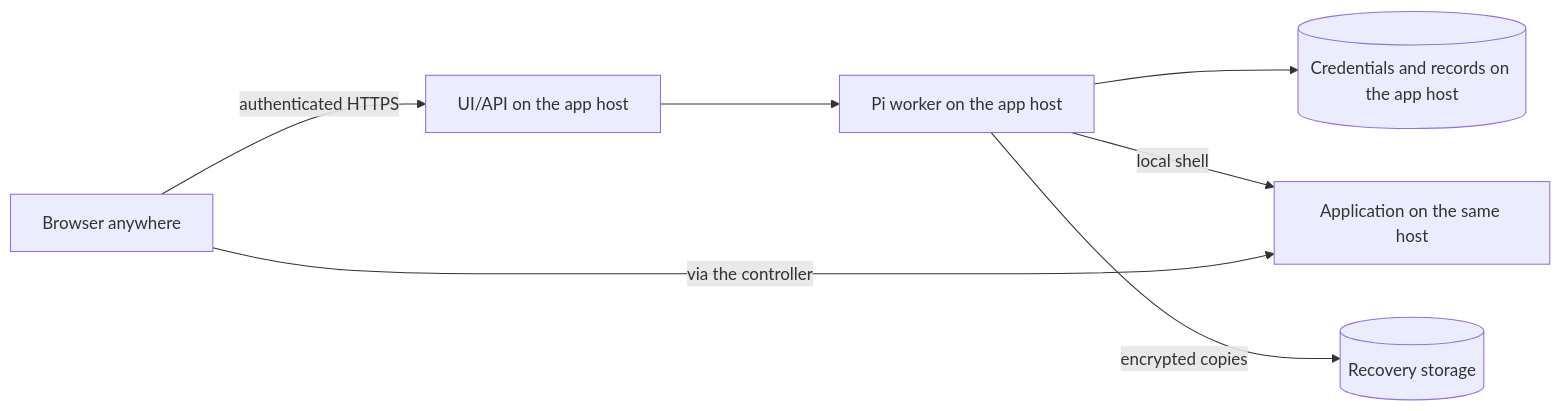
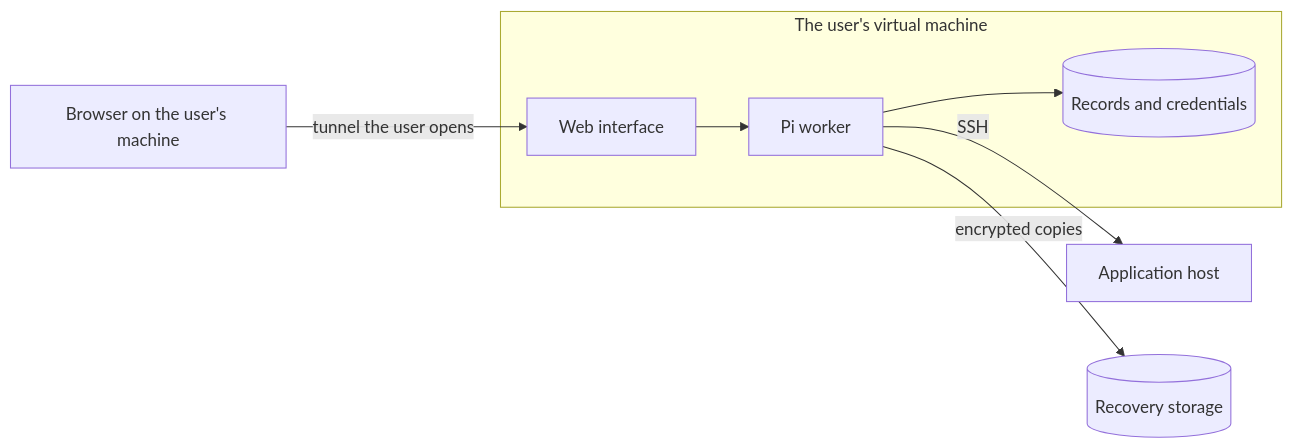
The second of 3 diagrams in docs/design/always-on-concept.md (lustoykov/hallvi), drawn with Mermaid before and after one commit. The commit also changed other lines of this file and 1 other file, not shown here.

First line of the commit message:
Rewrite the always-on note as a ladder the user climbs

````diff
--- a/docs/design/always-on-concept.md
+++ b/docs/design/always-on-concept.md
@@ -45,9 +56,13 @@
 ```mermaid
 flowchart LR
-  B[Browser anywhere] -- authenticated HTTPS --> UI[UI/API on the app host]
-  UI --> W[Pi worker on the app host]
-  W --> C[(Credentials and records on the app host)]
-  W -- local shell --> A[Application on the same host]
-  B -- via the controller --> A
+  B[Browser on the user's machine] -- tunnel the user opens --> UI[Web interface]
+  UI --> W[Pi worker]
+  W --> C[(Records and credentials)]
+  W -- SSH --> H[Application host]
   W -- encrypted copies --> R[(Recovery storage)]
+  subgraph The user's virtual machine
+    UI
+    W
+    C
+  end
 ```
````
